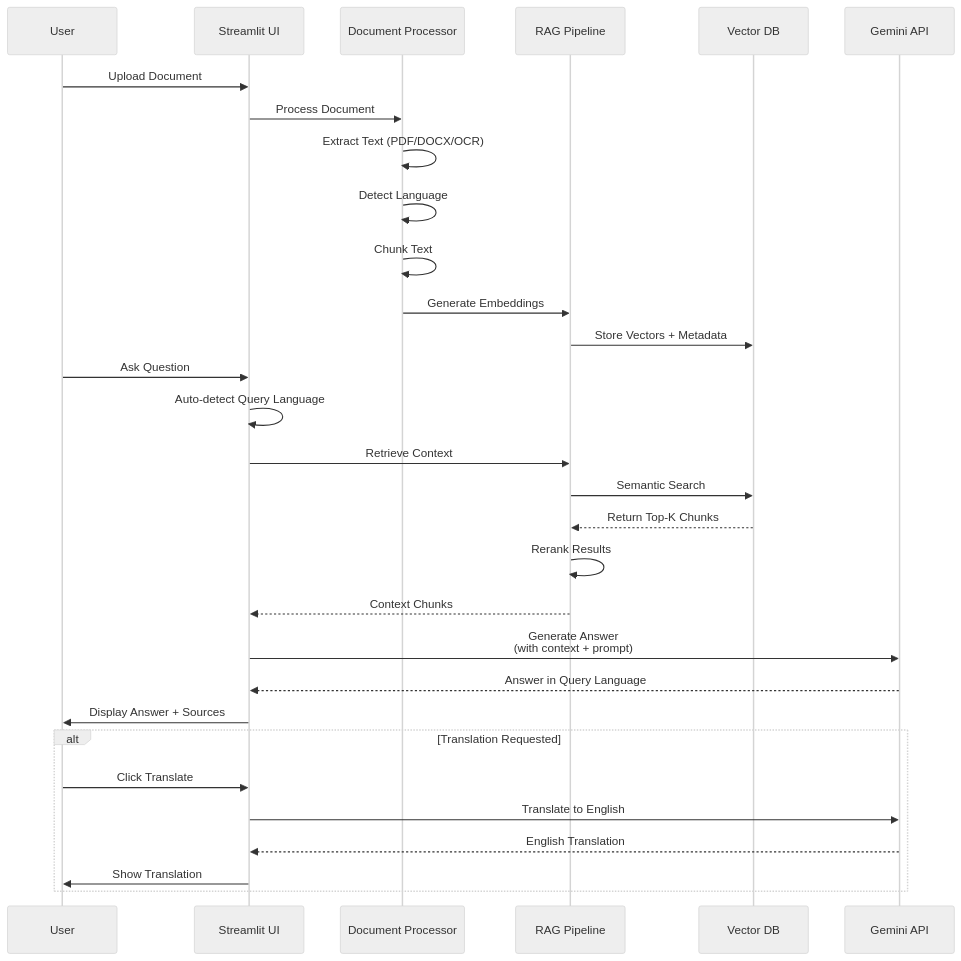
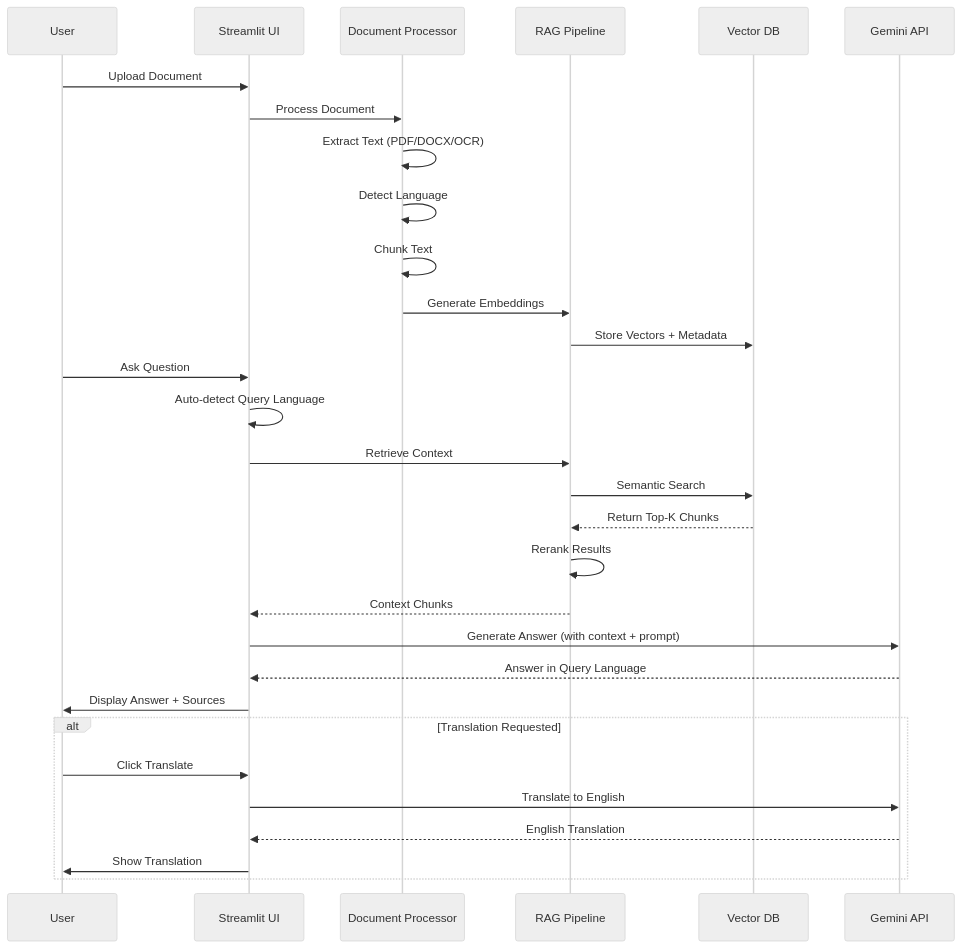
Before and after one commit to siv3sh/Client_Nisha_Ma-am: the third of 6 diagrams in ARCHITECTURE.md, drawn with Mermaid (neutral theme). The commit also changed other lines of this file and 1 other file, not shown here.

Commit message:
Fix Mermaid syntax errors - remove HTML tags and regenerate diagrams

````diff
--- a/ARCHITECTURE.md
+++ b/ARCHITECTURE.md
@@ -133,36 +133,36 @@
 ```mermaid
 sequenceDiagram
-    participant User
-    participant Streamlit as Streamlit UI
-    participant Processor as Document Processor
-    participant RAG as RAG Pipeline
-    participant Qdrant as Vector DB
-    participant Gemini as Gemini API
-    
-    User->>Streamlit: Upload Document
-    Streamlit->>Processor: Process Document
-    Processor->>Processor: Extract Text (PDF/DOCX/OCR)
-    Processor->>Processor: Detect Language
-    Processor->>Processor: Chunk Text
-    Processor->>RAG: Generate Embeddings
-    RAG->>Qdrant: Store Vectors + Metadata
-    
-    User->>Streamlit: Ask Question
-    Streamlit->>Streamlit: Auto-detect Query Language
-    Streamlit->>RAG: Retrieve Context
-    RAG->>Qdrant: Semantic Search
-    Qdrant-->>RAG: Return Top-K Chunks
-    RAG->>RAG: Rerank Results
-    RAG-->>Streamlit: Context Chunks
-    
-    Streamlit->>Gemini: Generate Answer<br/>(with context + prompt)
-    Gemini-->>Streamlit: Answer in Query Language
-    Streamlit->>User: Display Answer + Sources
-    
-    alt Translation Requested
-        User->>Streamlit: Click Translate
-        Streamlit->>Gemini: Translate to English
-        Gemini-->>Streamlit: English Translation
-        Streamlit->>User: Show Translation
-    end
+ participant User
+ participant Streamlit as Streamlit UI
+ participant Processor as Document Processor
+ participant RAG as RAG Pipeline
+ participant Qdrant as Vector DB
+ participant Gemini as Gemini API
+
+ User->>Streamlit: Upload Document
+ Streamlit->>Processor: Process Document
+ Processor->>Processor: Extract Text (PDF/DOCX/OCR)
+ Processor->>Processor: Detect Language
+ Processor->>Processor: Chunk Text
+ Processor->>RAG: Generate Embeddings
+ RAG->>Qdrant: Store Vectors + Metadata
+
+ User->>Streamlit: Ask Question
+ Streamlit->>Streamlit: Auto-detect Query Language
+ Streamlit->>RAG: Retrieve Context
+ RAG->>Qdrant: Semantic Search
+ Qdrant-->>RAG: Return Top-K Chunks
+ RAG->>RAG: Rerank Results
+ RAG-->>Streamlit: Context Chunks
+
+ Streamlit->>Gemini: Generate Answer (with context + prompt)
+ Gemini-->>Streamlit: Answer in Query Language
+ Streamlit->>User: Display Answer + Sources
+
+ alt Translation Requested
+ User->>Streamlit: Click Translate
+ Streamlit->>Gemini: Translate to English
+ Gemini-->>Streamlit: English Translation
+ Streamlit->>User: Show Translation
+ end
 ```
````
